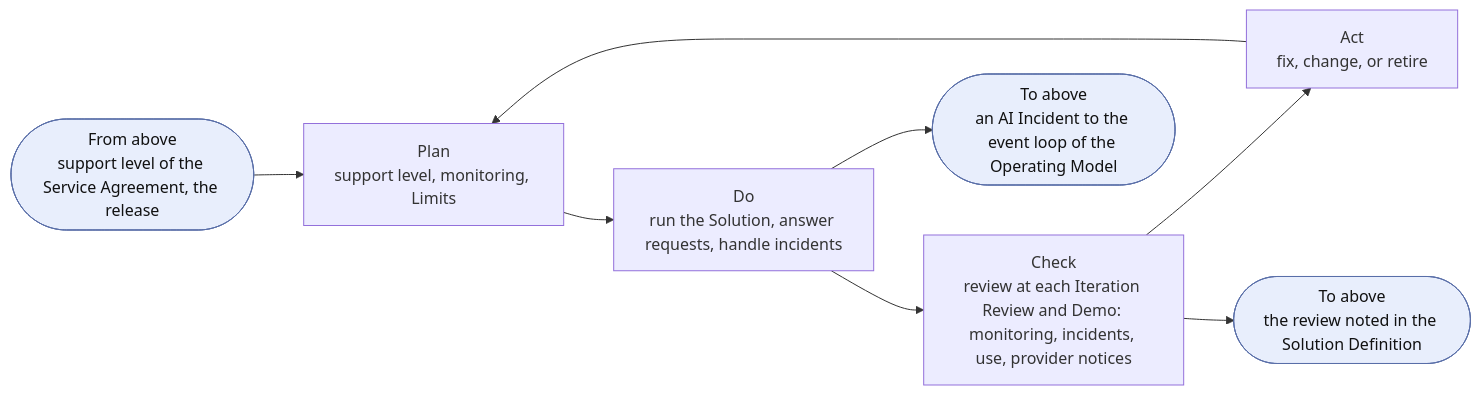
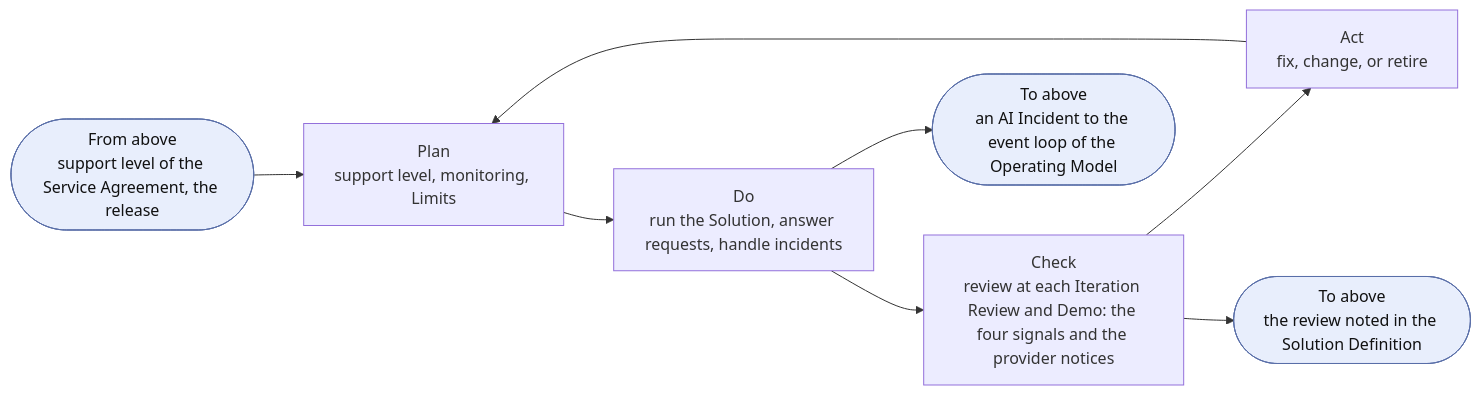
Before and after one commit to devhogu/ob-aicc: diagram 11 of 13 in charter/documents/solution-lifecycle-model.md, drawn with Mermaid. The commit also changed other lines of this file and 455 other files, not shown here.

First line of the commit message:
Charter and Registry at revision 2.0: the documents carry what the portal states by intent (DR-2026-062)

````diff
--- a/charter/documents/solution-lifecycle-model.md
+++ b/charter/documents/solution-lifecycle-model.md
@@ -418,8 +438,8 @@
 ```mermaid
 flowchart LR
   IN(["From above<br/>support level of the Service Agreement, the release"]):::iface --> P
-  P["Plan<br/>support level, monitoring, Limits"] --> D["Do<br/>run the Solution, answer requests, handle incidents"] --> C["Check<br/>review at each Iteration Review and Demo: monitoring, incidents, use, provider notices"] --> A["Act<br/>fix, change, or retire"] --> P
+  P["Plan<br/>support level, monitoring, Limits"] --> D["Do<br/>run the Solution, answer requests, handle incidents"] --> C["Check<br/>review at each Iteration Review and Demo: the four signals and the provider notices"] --> A["Act<br/>fix, change, or retire"] --> P
   D --> EV(["To above<br/>an AI Incident to the event loop of the Operating Model"]):::iface
   C --> UP(["To above<br/>the review noted in the Solution Definition"]):::iface
   classDef iface fill:#e8eefc,stroke:#5a6fa8,color:#111
 ```
````
